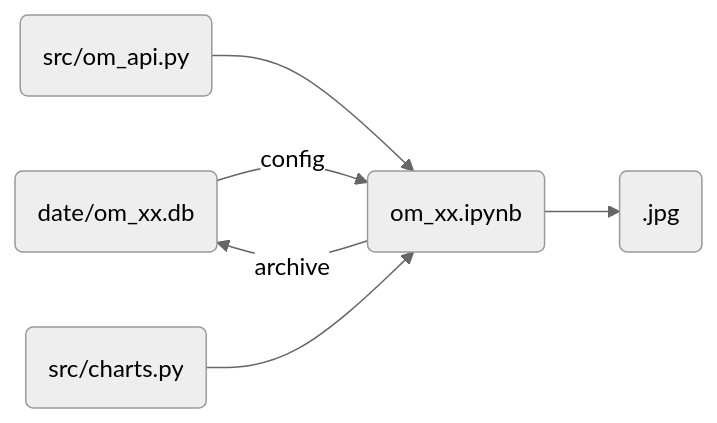
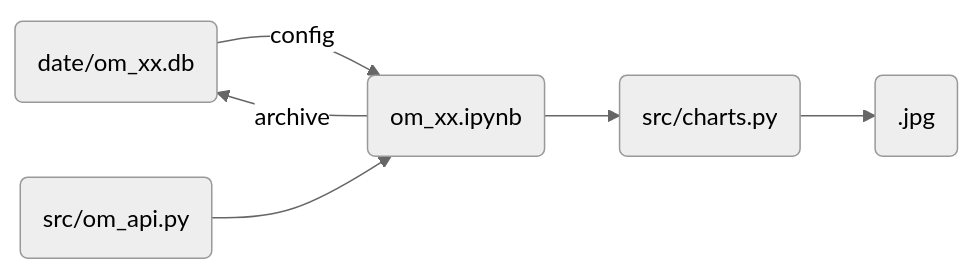
One commit to xianrr/weather changed the second of 2 diagrams in README.md. Above: the diagram before and after it, drawn with Mermaid (neutral theme). The commit also changed 5 other files, not shown here.

````diff
--- a/README.md
+++ b/README.md
@@ -45,13 +45,13 @@
 ```mermaid
 flowchart LR
 id1(date/om_xx.db)
 id2(src/om_api.py)
 id4(om_xx.ipynb)
 id8(src/charts.py)
 id7(.jpg)
 id1 --config--> id4
 id2 --> id4
 id4 --archive--> id1
-id8 --> id4
-id4 --> id7
+id4 --> id8
+id8 --> id7
 ```
````
